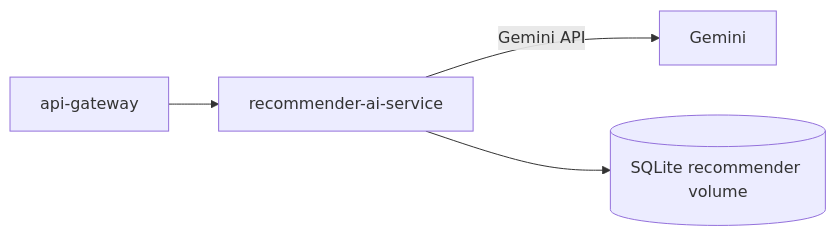
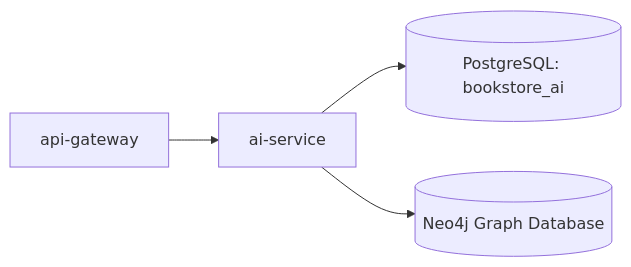
Before and after one commit to lamlocan5/Software_Architecture_And_Design_PTIT: diagram 11 of 11 in bookstore-microservice/docs/architecture/architecture.md, drawn with Mermaid. The commit also changed other lines of this file and 396 other files, not shown here.

````diff
--- a/bookstore-microservice/docs/architecture/architecture.md
+++ b/bookstore-microservice/docs/architecture/architecture.md
@@ -140,7 +195,8 @@
 ```mermaid
 flowchart LR
-  gateway[api-gateway] --> recommender[recommender-ai-service]
-  recommender -->|"Gemini API"| gemini[Gemini]
-  recommenderDb[(SQLite recommender volume)]
-  recommender --> recommenderDb
+  bff[api-gateway] --> aiSvc[ai-service]
+  aiDb[(PostgreSQL: bookstore_ai)]
+  neo4j[(Neo4j Graph Database)]
+  aiSvc --> aiDb
+  aiSvc --> neo4j
 ```
````
